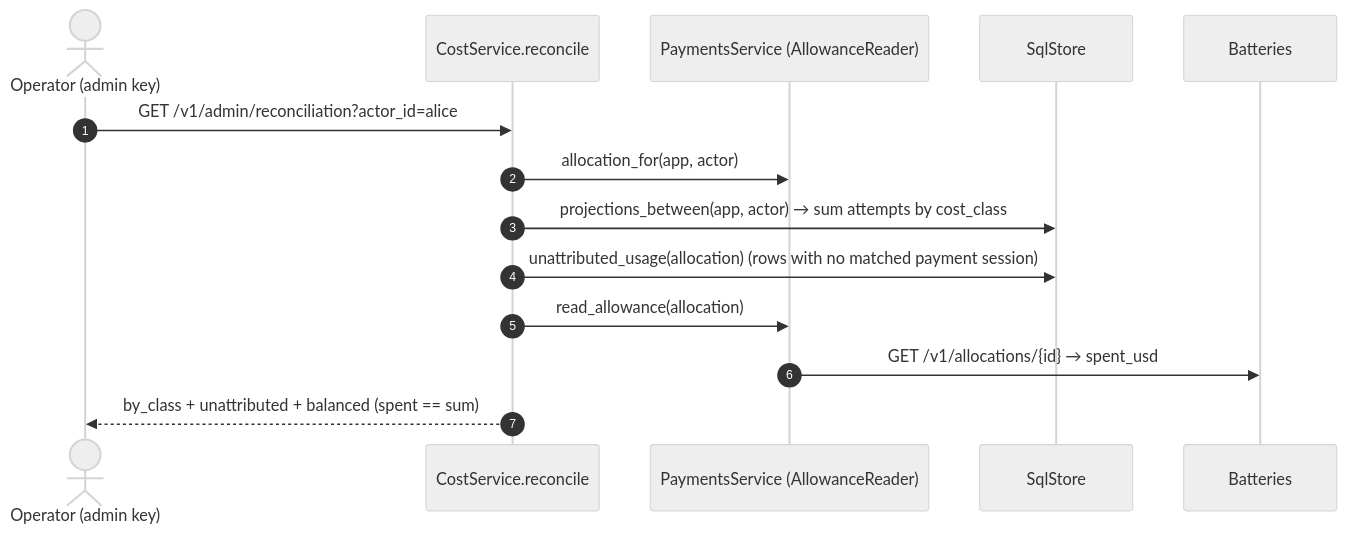
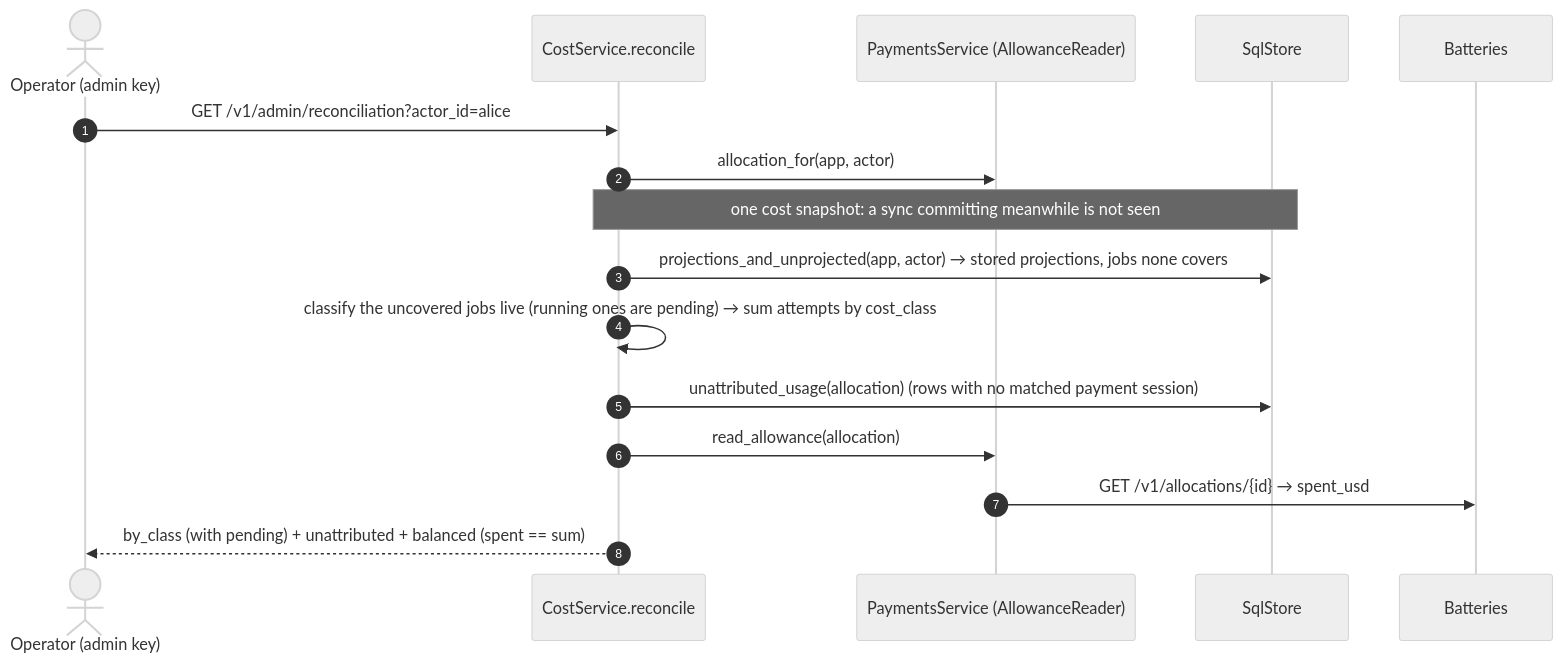
Before and after one commit to NE-Build-Track/livepeer-builder-core: the eighth of 12 diagrams in docs/design-docs/architecture-diagrams.md, drawn with Mermaid (neutral theme). The commit also changed other lines of this file and 10 other files, not shown here.

````diff
--- a/docs/design-docs/architecture-diagrams.md
+++ b/docs/design-docs/architecture-diagrams.md
@@ -267,16 +267,18 @@
 ```mermaid
 sequenceDiagram
     autonumber
     actor Op as Operator (admin key)
     participant C as CostService.reconcile
     participant Pay as PaymentsService (AllowanceReader)
     participant DB as SqlStore
     participant Bat as Batteries
     Op->>C: GET /v1/admin/reconciliation?actor_id=alice
     C->>Pay: allocation_for(app, actor)
-    C->>DB: projections_between(app, actor) → sum attempts by cost_class
+    Note over C,DB: one cost snapshot: a sync committing meanwhile is not seen
+    C->>DB: projections_and_unprojected(app, actor) → stored projections, jobs none covers
+    C->>C: classify the uncovered jobs live (running ones are pending) → sum attempts by cost_class
     C->>DB: unattributed_usage(allocation) (rows with no matched payment session)
     C->>Pay: read_allowance(allocation)
     Pay->>Bat: GET /v1/allocations/{id} → spent_usd
-    C-->>Op: by_class + unattributed + balanced (spent == sum)
+    C-->>Op: by_class (with pending) + unattributed + balanced (spent == sum)
 ```
````
